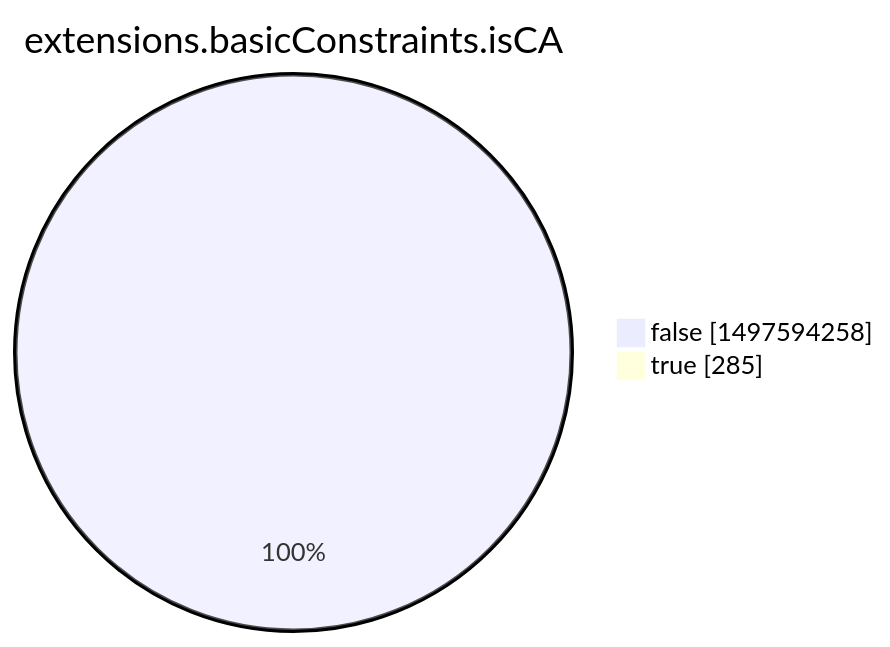
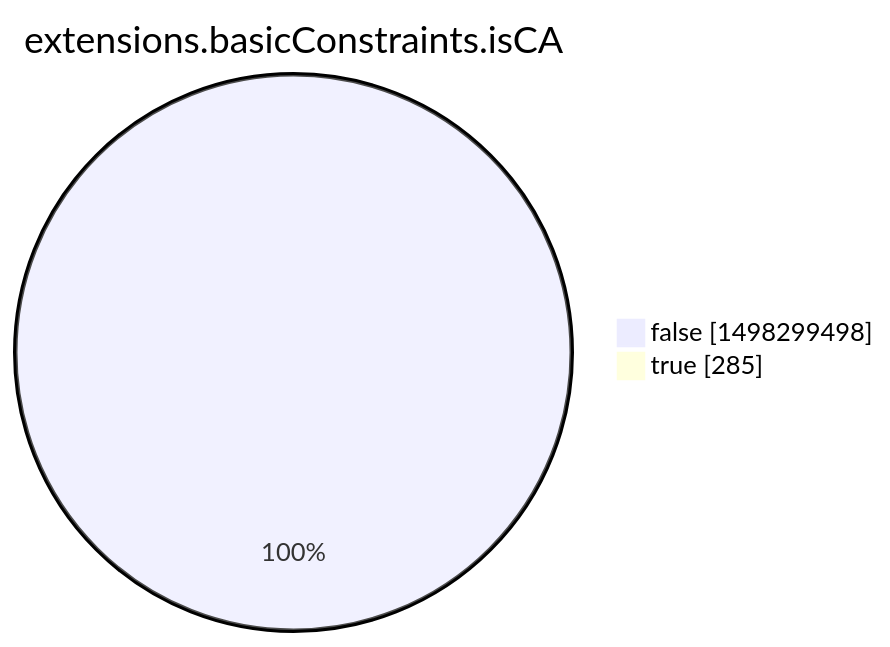
Before and after one commit to christiankrug/ctmonitor_visualization: the eighth of 15 diagrams in xenon2022/README.md, drawn with Mermaid. The commit also changed other lines of this file, not shown here.

````diff
--- a/xenon2022/README.md
+++ b/xenon2022/README.md
@@ -2853,6 +2853,6 @@
 ```mermaid
 pie showData
 title extensions.basicConstraints.isCA
-"false" :1497594258
+"false" :1498299498
 "true" :285
 ```
````
